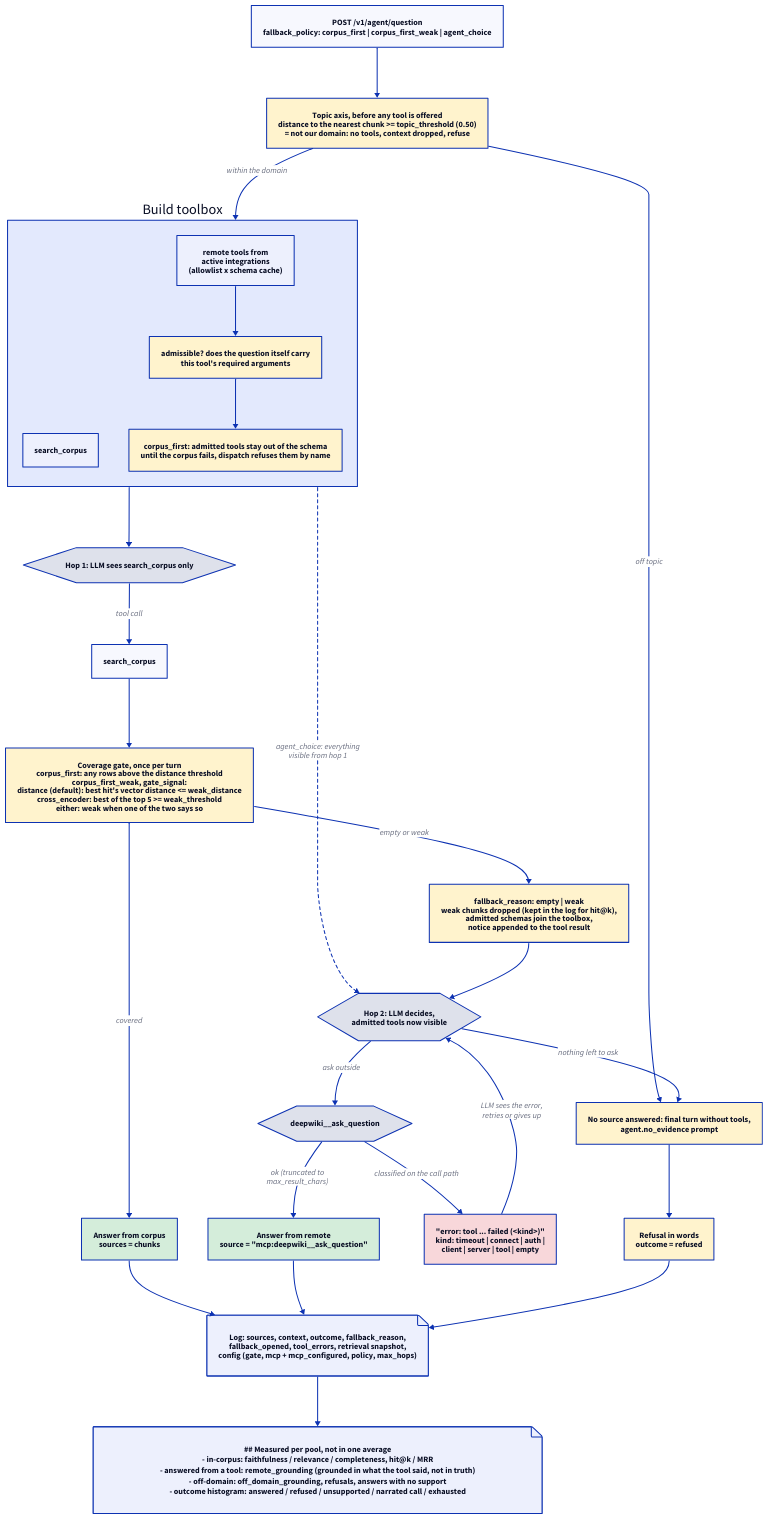
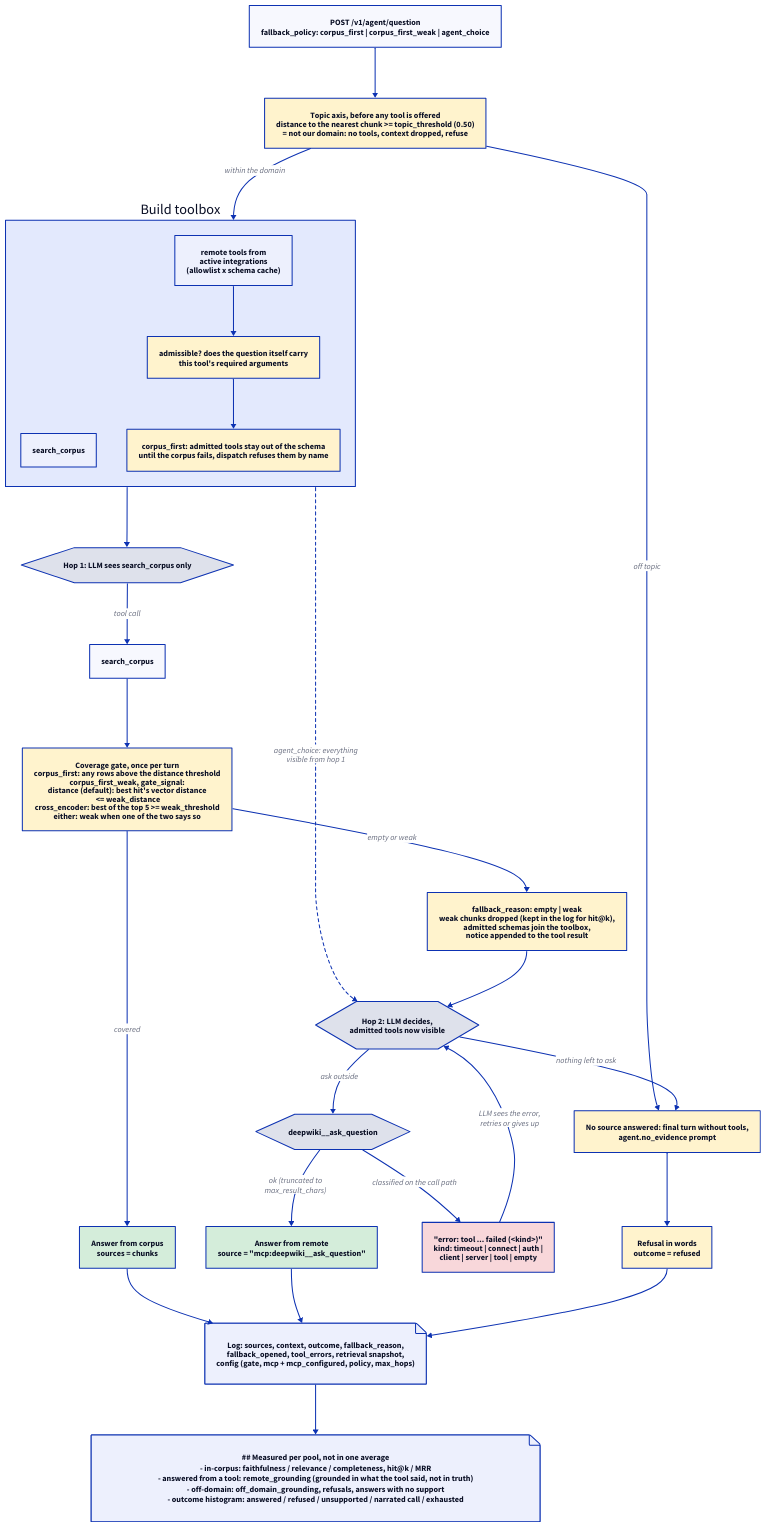
One commit to rikitikitav1/rag-lab changed the diagram in docs/diagrams/agent_flow.d2. Above: the diagram before and after it, drawn with D2. The commit also changed 13 other files, not shown here.

First line of the commit message:
Document the four arms, and undo a machine rewrap of the diagrams

```diff
--- a/docs/diagrams/agent_flow.d2
+++ b/docs/diagrams/agent_flow.d2
@@ -1,83 +1,83 @@
 direction: down
 
 q: POST /v1/agent/question\nfallback_policy: corpus_first | corpus_first_weak | agent_choice
 topic: "Topic axis, before any tool is offered\ndistance to the nearest chunk >= topic_threshold (0.50)\n= not our domain: no tools, context dropped, refuse" {
   style.fill: "#fff3cd"
 }
 toolbox: Build toolbox {
   static: search_corpus
   remote: remote tools from\nactive integrations\n(allowlist x schema cache)
   admit: "admissible? does the question itself carry\nthis tool's required arguments" {
     style.fill: "#fff3cd"
   }
   withheld: "corpus_first: admitted tools stay out of the schema\nuntil the corpus fails, dispatch refuses them by name" {
     style.fill: "#fff3cd"
   }
   remote -> admit -> withheld
 }
 hop1: "Hop 1: LLM sees search_corpus only" {
   shape: hexagon
 }
 search: search_corpus
-gate: "Coverage gate, once per turn\ncorpus_first: any rows above the distance threshold\ncorpus_first_weak, gate_signal:\ndistance (default): best hit's vector distance <= weak_distance\ncross_encoder: best of the top 5 >= weak_threshold\neither: weak when one of the two says so" {
+gate: "Coverage gate, once per turn\ncorpus_first: any rows above the distance threshold\ncorpus_first_weak, gate_signal:\ndistance (default): best hit's vector distance\n  <= weak_distance\ncross_encoder: best of the top 5 >= weak_threshold\neither: weak when one of the two says so" {
   style.fill: "#fff3cd"
 }
 answer_corpus: Answer from corpus\nsources = chunks {
   style.fill: "#d4edda"
 }
 open: "fallback_reason: empty | weak\nweak chunks dropped (kept in the log for hit@k),\nadmitted schemas join the toolbox,\nnotice appended to the tool result" {
   style.fill: "#fff3cd"
 }
 hop2: "Hop 2: LLM decides,\nadmitted tools now visible" {
   shape: hexagon
 }
 remote_call: "deepwiki__ask_question" {
   shape: hexagon
 }
 remote_ok: Answer from remote\nsource = "mcp:deepwiki__ask_question" {
   style.fill: "#d4edda"
 }
 remote_err: "\"error: tool ... failed (<kind>)\"\nkind: timeout | connect | auth |\nclient | server | tool | empty" {
   style.fill: "#f8d7da"
 }
 no_evidence: "No source answered: final turn without tools,\nagent.no_evidence prompt" {
   style.fill: "#fff3cd"
 }
 refuse: "Refusal in words\noutcome = refused" {
   style.fill: "#fff3cd"
 }
 log: "Log: sources, context, outcome, fallback_reason,\nfallback_opened, tool_errors, retrieval snapshot,\nconfig (gate, mcp + mcp_configured, policy, max_hops)" {
   shape: page
 }
 metrics: |md
   ## Measured per pool, not in one average
   - in-corpus: faithfulness / relevance / completeness, hit@k / MRR
   - answered from a tool: remote_grounding (grounded in what the tool said, not in truth)
   - off-domain: off_domain_grounding, refusals, answers with no support
   - outcome histogram: answered / refused / unsupported / narrated call / exhausted
 | {
   shape: page
 }
 
 q -> topic
 topic -> toolbox: within the domain
 topic -> no_evidence: off topic
 toolbox -> hop1
 toolbox -> hop2: "agent_choice: everything\nvisible from hop 1" {
   style.stroke-dash: 3
 }
 hop1 -> search: tool call
 search -> gate
 gate -> answer_corpus: covered
 gate -> open: empty or weak
 open -> hop2
 hop2 -> remote_call: ask outside
 hop2 -> no_evidence: nothing left to ask
 remote_call -> remote_ok: ok (truncated to\nmax_result_chars)
 remote_call -> remote_err: classified on the call path
 remote_err -> hop2: LLM sees the error,\nretries or gives up
 no_evidence -> refuse
 answer_corpus -> log
 remote_ok -> log
 refuse -> log
 log -> metrics
```
